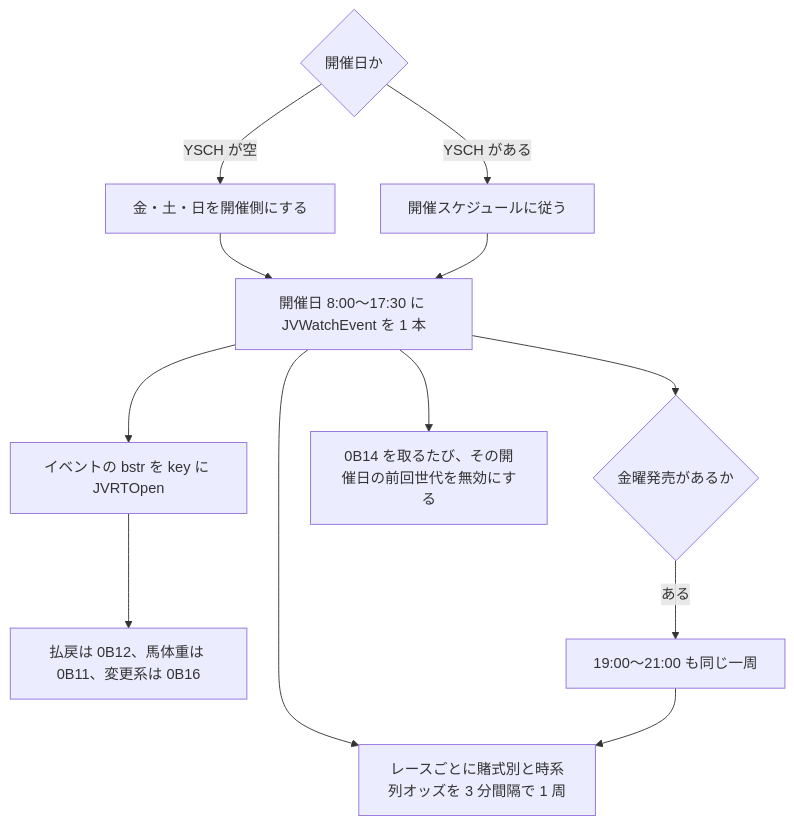
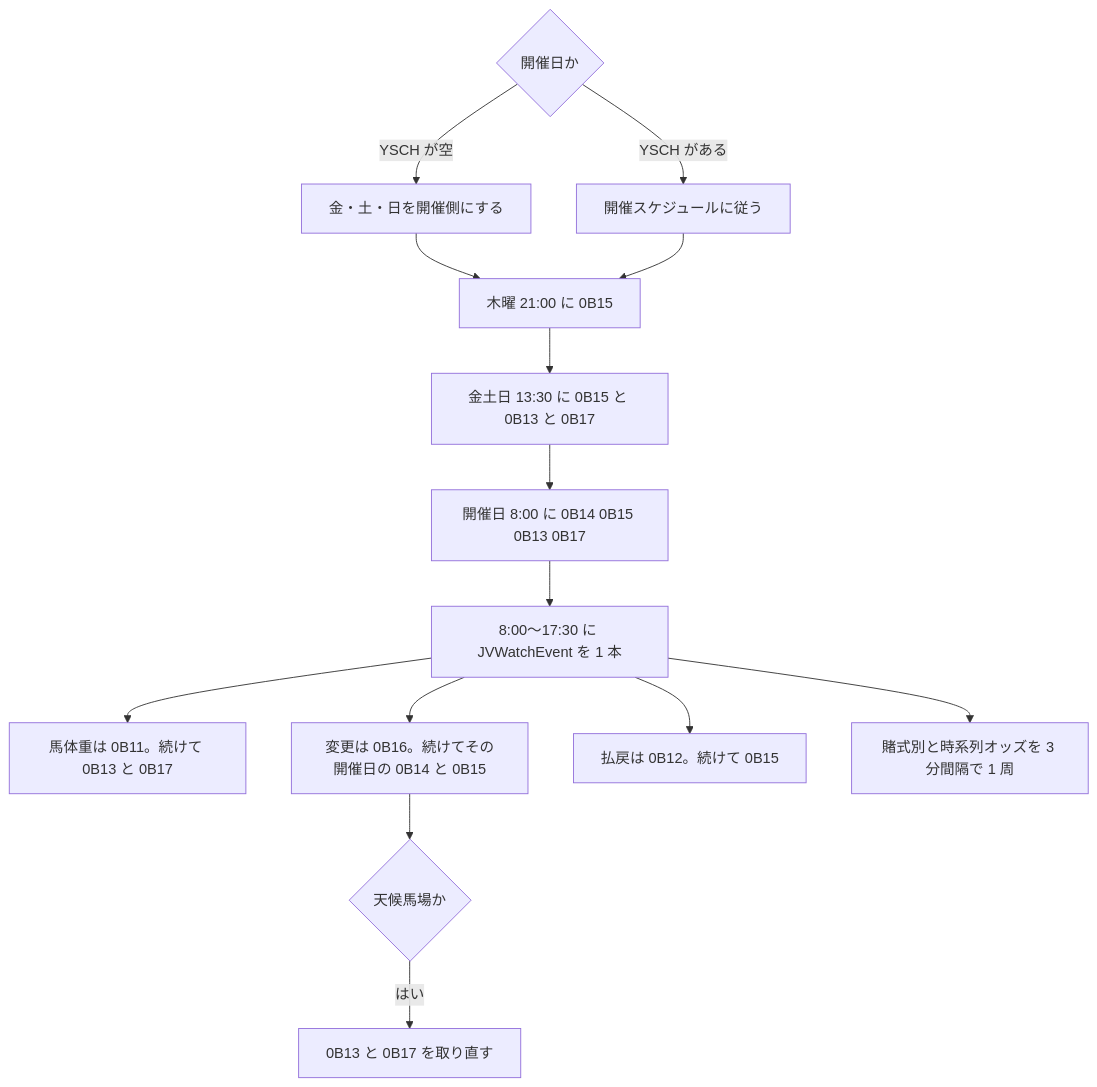
Before and after one commit to betashort/keiba-dwh: the third of 3 diagrams in docs/jv-data-collector/design.md, drawn with Mermaid. The commit also changed other lines of this file and 41 other files, not shown here.

````diff
--- a/docs/jv-data-collector/design.md
+++ b/docs/jv-data-collector/design.md
@@ -215,14 +231,16 @@
 ```mermaid
 flowchart TD
   hold{"開催日か"} -->|YSCH が空| guess["金・土・日を開催側にする"]
   hold -->|YSCH がある| sched["開催スケジュールに従う"]
-  guess --> band["開催日 8:00〜17:30 に JVWatchEvent を 1 本"]
-  sched --> band
-  band --> ev["イベントの bstr を key に JVRTOpen"]
-  ev --> map["払戻は 0B12、馬体重は 0B11、変更系は 0B16"]
-  band --> odds["レースごとに賭式別と時系列オッズを 3 分間隔で 1 周"]
-  band --> fri{"金曜発売があるか"}
-  fri -->|ある| late["19:00〜21:00 も同じ一周"]
-  late --> odds
-  band --> snap["0B14 を取るたび、その開催日の前回世代を無効にする"]
+  guess --> thu["木曜 21:00 に 0B15"]
+  sched --> thu
+  thu --> noon["金土日 13:30 に 0B15 と 0B13 と 0B17"]
+  noon --> open["開催日 8:00 に 0B14 0B15 0B13 0B17"]
+  open --> band["8:00〜17:30 に JVWatchEvent を 1 本"]
+  band --> weight["馬体重は 0B11。続けて 0B13 と 0B17"]
+  band --> change["変更は 0B16。続けてその開催日の 0B14 と 0B15"]
+  change --> weather{"天候馬場か"}
+  weather -->|はい| mine["0B13 と 0B17 を取り直す"]
+  band --> pay["払戻は 0B12。続けて 0B15"]
+  band --> odds["賭式別と時系列オッズを 3 分間隔で 1 周"]
 ```
````
